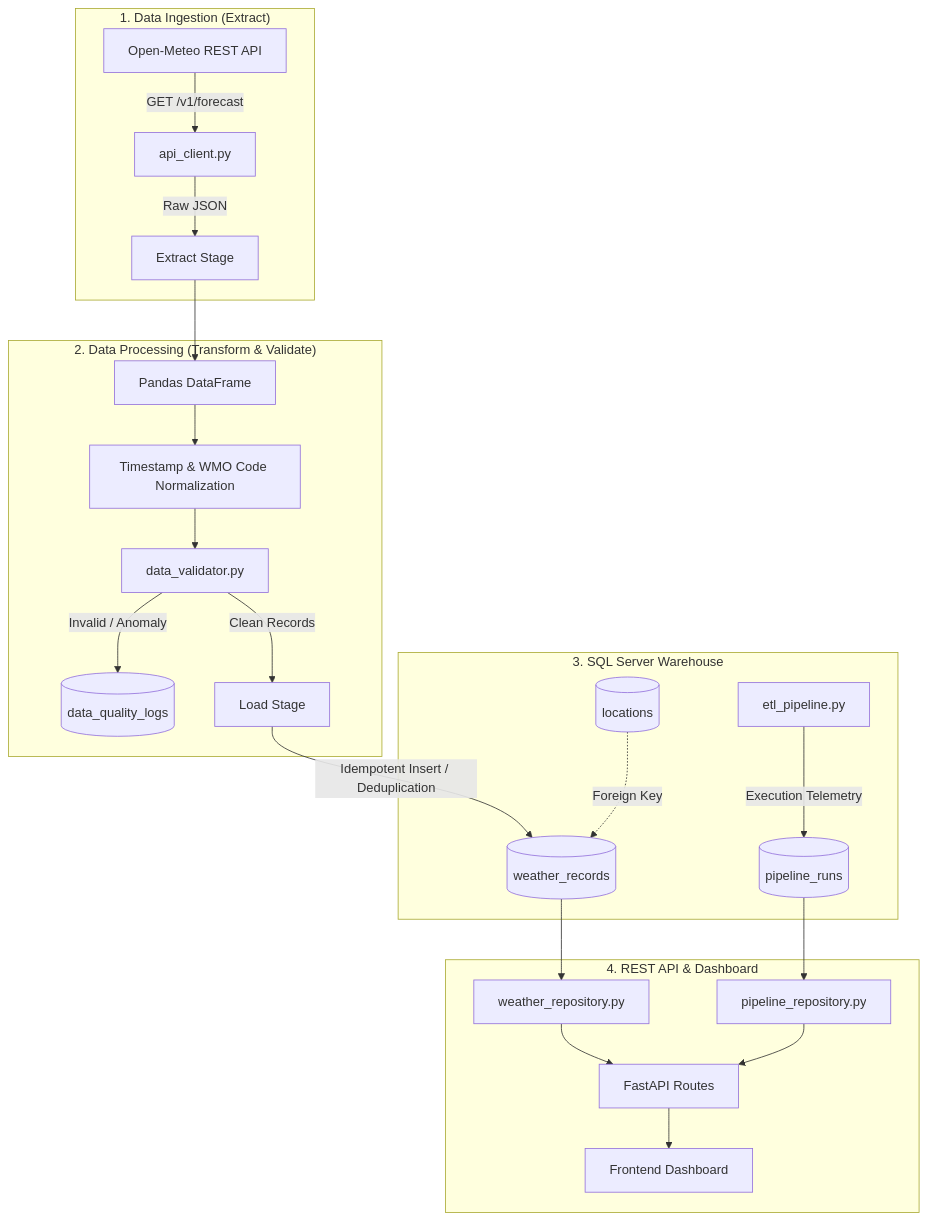
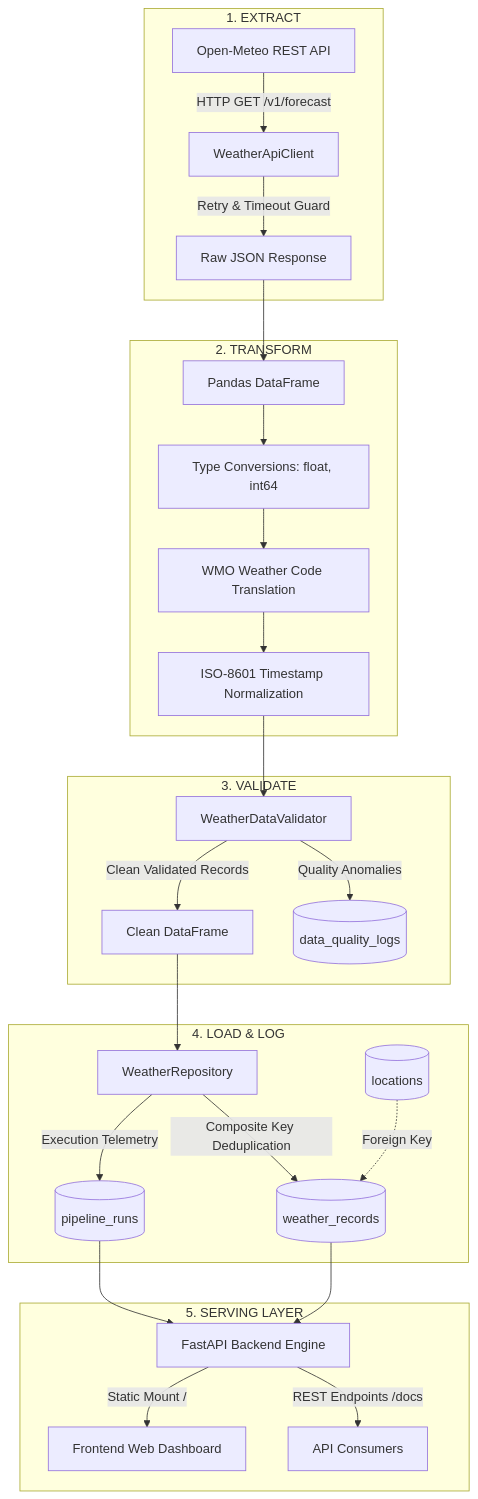
Before and after one commit to ashik-10052006/WeatherFlow: the diagram in README.md, drawn with Mermaid. The commit also changed other lines of this file, not shown here.

Commit message:
docs: complete comprehensive 18-section README with architecture diagram, installation, API specs, and interview guide

````diff
--- a/README.md
+++ b/README.md
@@ -45,29 +66,34 @@
 ```mermaid
 flowchart TD
-    subgraph Ingestion["1. Data Ingestion (Extract)"]
-        API[Open-Meteo REST API] -->|GET /v1/forecast| Client[api_client.py]
-        Client -->|Raw JSON| ExtractStage[Extract Stage]
+    subgraph E["1. EXTRACT"]
+        A[Open-Meteo REST API] -->|HTTP GET /v1/forecast| B[WeatherApiClient]
+        B -->|Retry & Timeout Guard| C[Raw JSON Response]
     end
 
-    subgraph Processing["2. Data Processing (Transform & Validate)"]
-        ExtractStage --> DF[Pandas DataFrame]
-        DF --> Normalizer[Timestamp & WMO Code Normalization]
-        Normalizer --> Validator[data_validator.py]
-        Validator -->|Invalid / Anomaly| QualityLogs[(data_quality_logs)]
-        Validator -->|Clean Records| LoadStage[Load Stage]
+    subgraph T["2. TRANSFORM"]
+        C --> D[Pandas DataFrame]
+        D --> E1[Type Conversions: float, int64]
+        E1 --> E2[WMO Weather Code Translation]
+        E2 --> E3[ISO-8601 Timestamp Normalization]
     end
 
-    subgraph Storage["3. SQL Server Warehouse"]
-        LoadStage -->|Idempotent Insert / Deduplication| WeatherRec[(weather_records)]
-        Locations[(locations)] -.->|Foreign Key| WeatherRec
-        PipelineMgr[etl_pipeline.py] -->|Execution Telemetry| PipelineRuns[(pipeline_runs)]
+    subgraph V["3. VALIDATE"]
+        E3 --> F[WeatherDataValidator]
+        F -->|Quality Anomalies| G[(data_quality_logs)]
+        F -->|Clean Validated Records| H[Clean DataFrame]
     end
 
-    subgraph Serving["4. REST API & Dashboard"]
-        WeatherRec --> Repos[weather_repository.py]
-        PipelineRuns --> Repos2[pipeline_repository.py]
-        Repos --> FastAPIRoutes[FastAPI Routes]
-        Repos2 --> FastAPIRoutes
-        FastAPIRoutes --> UI[Frontend Dashboard]
+    subgraph L["4. LOAD & LOG"]
+        H --> I[WeatherRepository]
+        I -->|Composite Key Deduplication| J[(weather_records)]
+        K[(locations)] -.->|Foreign Key| J
+        I -->|Execution Telemetry| L1[(pipeline_runs)]
+    end
+
+    subgraph S["5. SERVING LAYER"]
+        J --> M[FastAPI Backend Engine]
+        L1 --> M
+        M -->|REST Endpoints /docs| N[API Consumers]
+        M -->|Static Mount /| O[Frontend Web Dashboard]
     end
 ```
````
